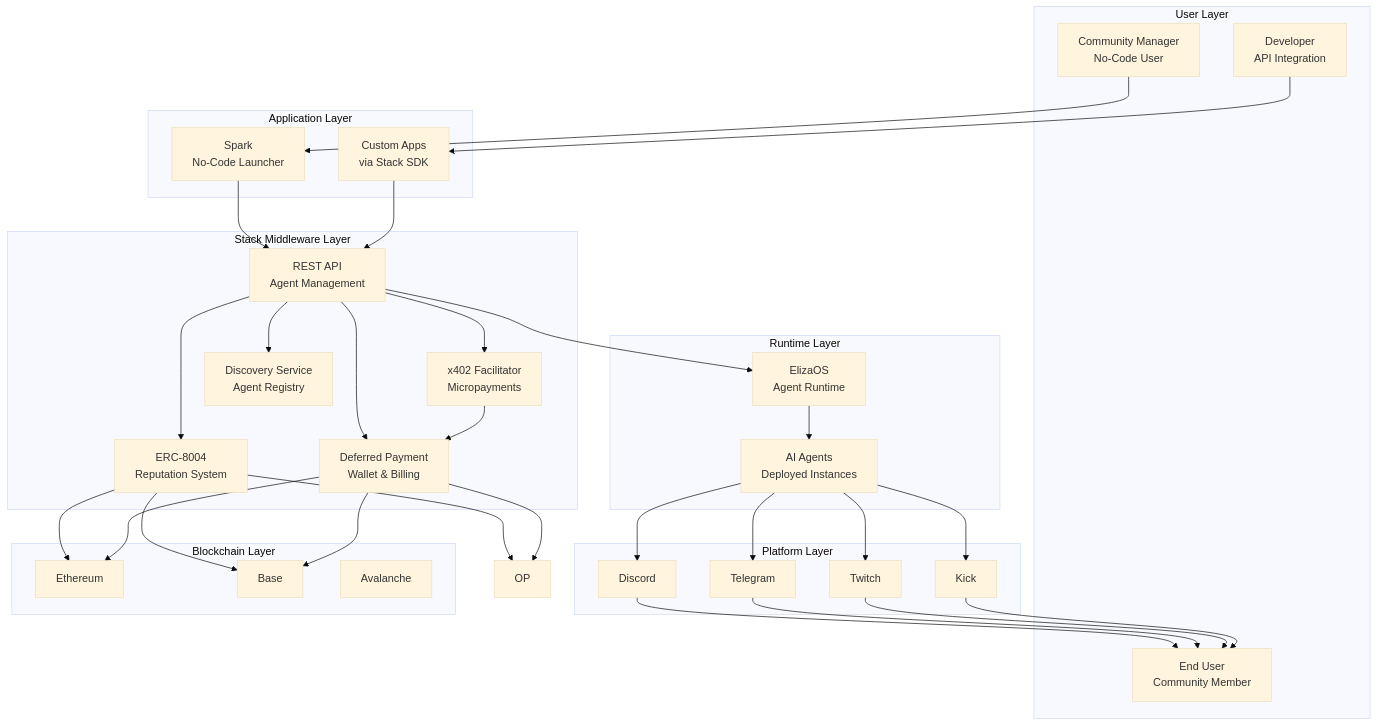
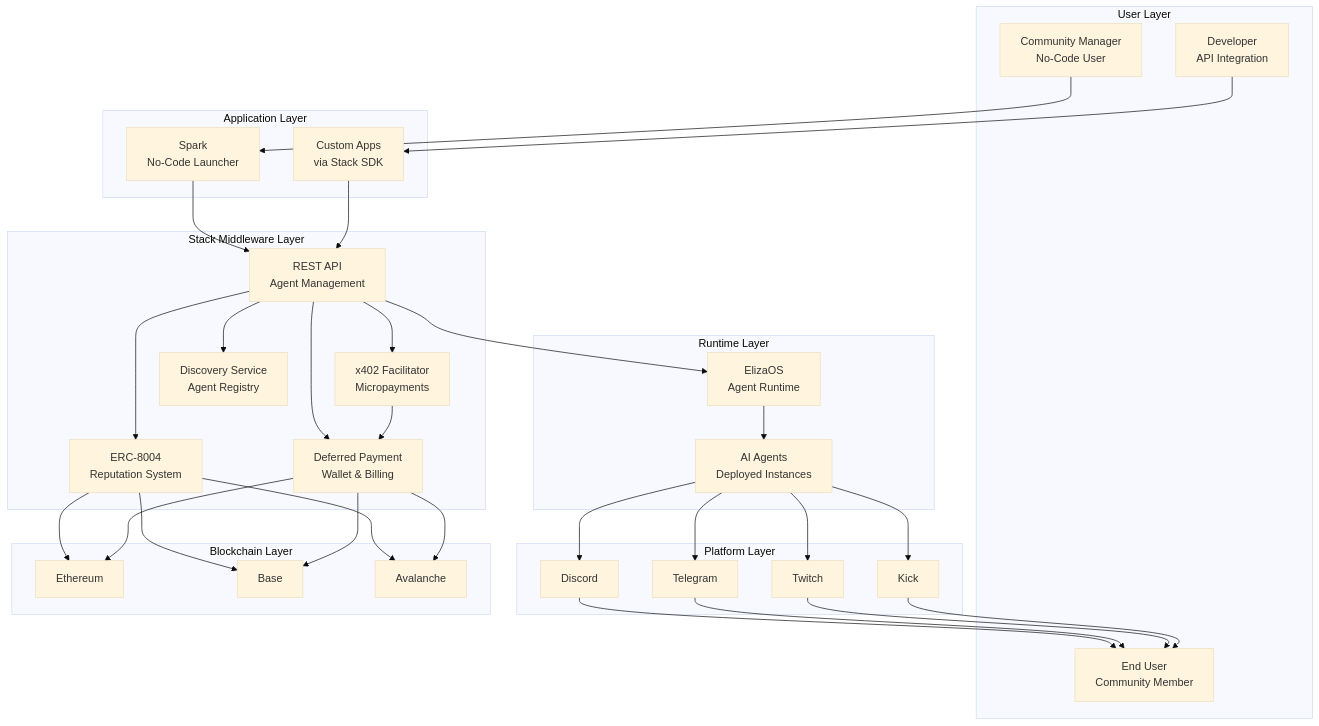
Before and after one commit to PerkOS-xyz/PerkOS: the first of 6 diagrams in README.md, drawn with Mermaid (base theme).

````diff
--- a/README.md
+++ b/README.md
@@ -29,70 +29,70 @@
 ```mermaid
 graph TB
     subgraph "User Layer"
         CM[Community Manager<br/>No-Code User]
         DEV[Developer<br/>API Integration]
         USER[End User<br/>Community Member]
     end
 
     subgraph "Application Layer"
         SPARK[Spark<br/>No-Code Launcher]
         CUSTOM[Custom Apps<br/>via Stack SDK]
     end
 
     subgraph "Stack Middleware Layer"
         API[REST API<br/>Agent Management]
         X402[x402 Facilitator<br/>Micropayments]
         DISC[Discovery Service<br/>Agent Registry]
         PAY[Deferred Payment<br/>Wallet & Billing]
         REP[ERC-8004<br/>Reputation System]
     end
 
     subgraph "Runtime Layer"
         ELIZA[ElizaOS<br/>Agent Runtime]
         AGENTS[AI Agents<br/>Deployed Instances]
     end
 
     subgraph "Platform Layer"
         DISCORD[Discord]
         TELEGRAM[Telegram]
         TWITCH[Twitch]
         KICK[Kick]
     end
 
     subgraph "Blockchain Layer"
         ETH[Ethereum]
         BASE[Base]
         AVALANCHE[Avalanche]
     end
 
     CM --> SPARK
     DEV --> CUSTOM
 
     SPARK --> API
     CUSTOM --> API
 
     API --> ELIZA
     API --> X402
     API --> DISC
     API --> PAY
     API --> REP
 
     X402 --> PAY
     REP --> ETH
     REP --> BASE
-    REP --> OP
+    REP --> AVALANCHE
     PAY --> ETH
     PAY --> BASE
-    PAY --> OP
+    PAY --> AVALANCHE
 
     ELIZA --> AGENTS
     AGENTS --> DISCORD
     AGENTS --> TELEGRAM
     AGENTS --> TWITCH
     AGENTS --> KICK
 
     DISCORD --> USER
     TELEGRAM --> USER
     TWITCH --> USER
     KICK --> USER
 ```
````
